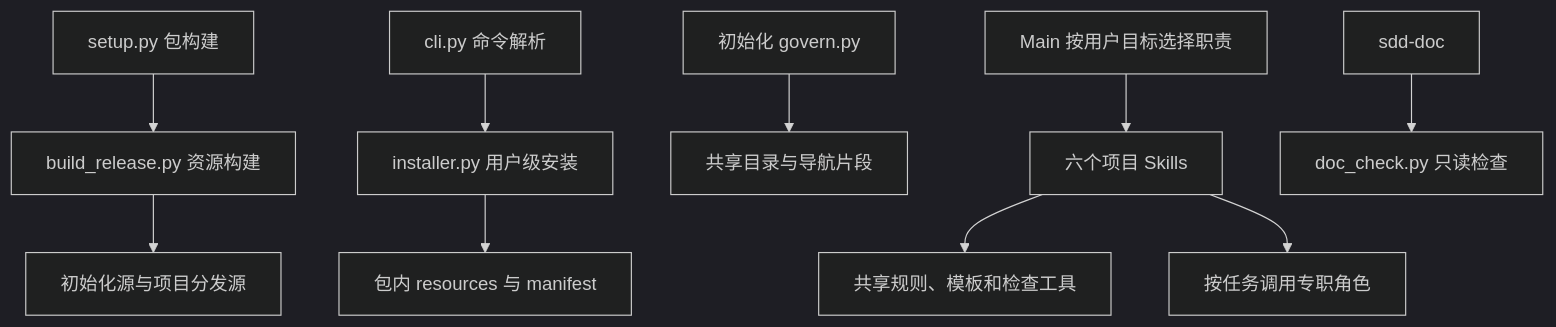
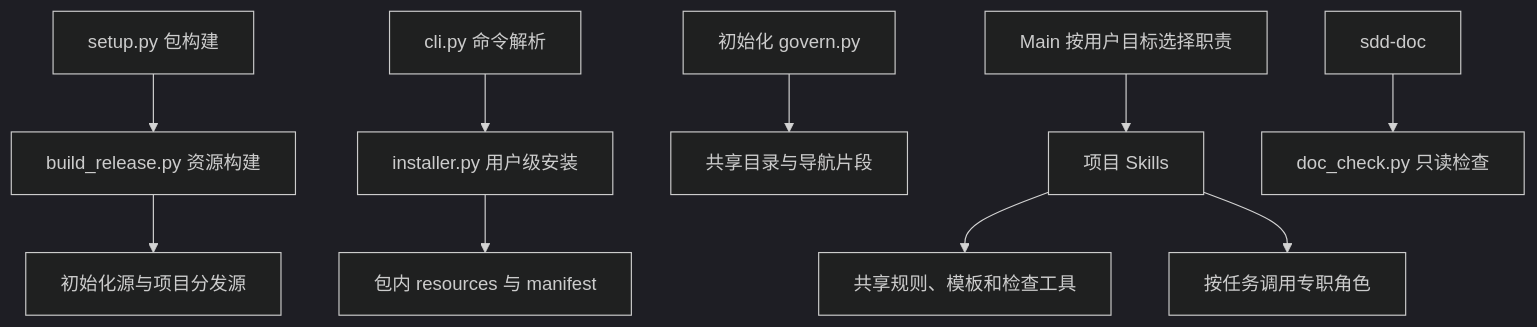
The third of 3 diagrams in docs/blueprint.md (bigsmartben/sdd-init), drawn with Mermaid (dark theme) before and after one commit. The commit also changed other lines of this file and 31 other files, not shown here.

````diff
--- a/docs/blueprint.md
+++ b/docs/blueprint.md
@@ -119,12 +119,12 @@
 ```mermaid
 flowchart TD
   Package[setup.py 包构建] --> Build[build_release.py 资源构建]
   Build --> Sources[初始化源与项目分发源]
   CLI[cli.py 命令解析] --> Installer[installer.py 用户级安装]
   Installer --> Resources[包内 resources 与 manifest]
   Govern[初始化 govern.py] --> Bundle[共享目录与导航片段]
-  Main[Main 按用户目标选择职责] --> Skills[六个项目 Skills]
+  Main[Main 按用户目标选择职责] --> Skills[项目 Skills]
   Skills --> Shared[共享规则、模板和检查工具]
   Skills --> Roles[按任务调用专职角色]
   Doc[sdd-doc] --> Check[doc_check.py 只读检查]
 ```
````
